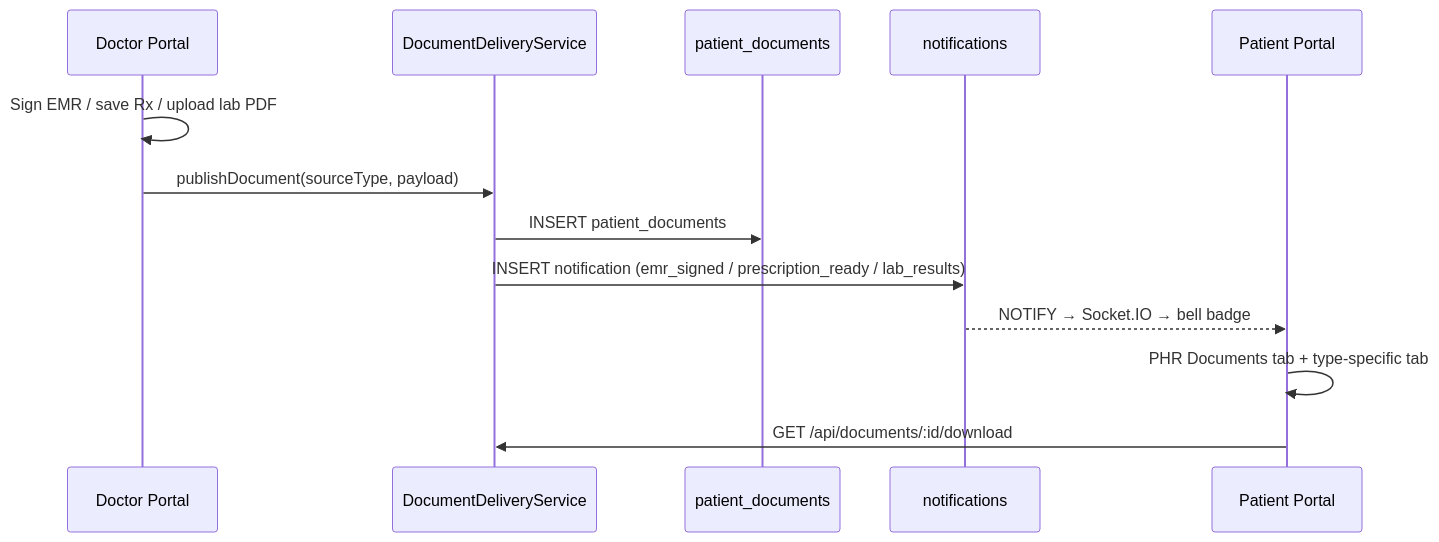
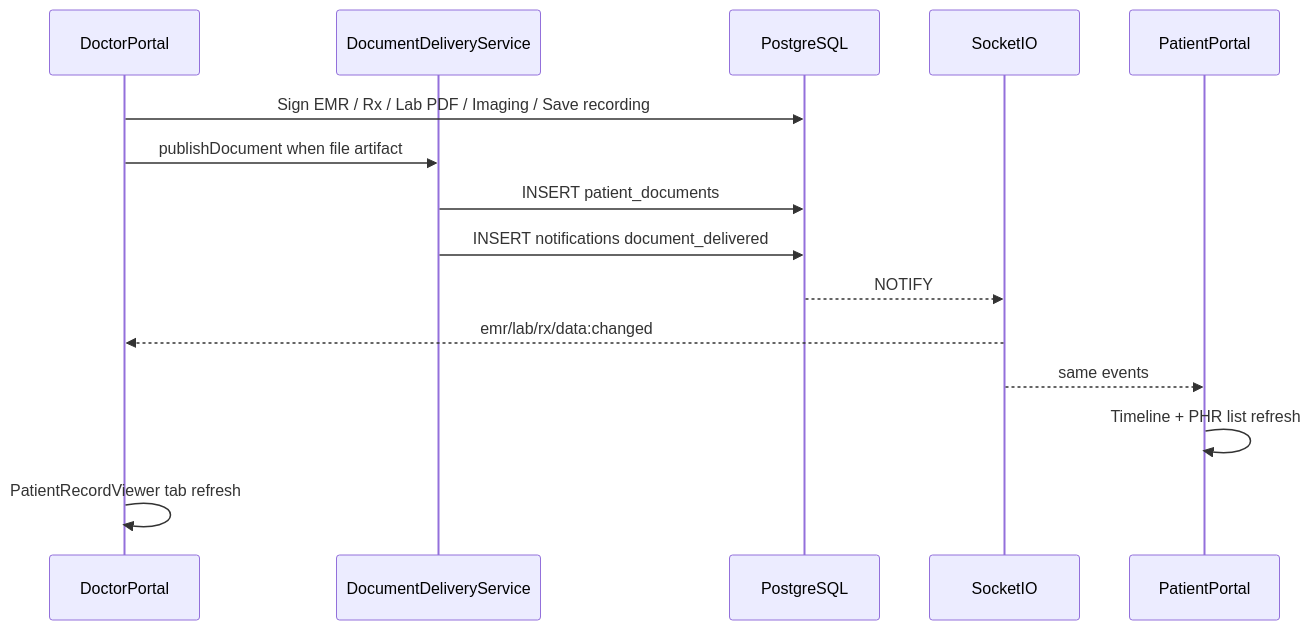
Before and after one commit to chiraleo2000/Isara-Anywhere: the diagram in Processes/Clinical_Document_Delivery_Workflows.md, drawn with Mermaid. The commit also changed other lines of this file and 441 other files, not shown here.

First line of the commit message:
v1.7.60: PHR/meeting sync, Jitsi lobby hardening, and evidence refresh.

````diff
--- a/Processes/Clinical_Document_Delivery_Workflows.md
+++ b/Processes/Clinical_Document_Delivery_Workflows.md
@@ -42,16 +45,18 @@
 ```mermaid
 sequenceDiagram
-  participant Doc as Doctor Portal
+  participant Doc as DoctorPortal
   participant DDS as DocumentDeliveryService
-  participant PG as patient_documents
-  participant N as notifications
-  participant Pat as Patient Portal
+  participant PG as PostgreSQL
+  participant Sock as SocketIO
+  participant Pat as PatientPortal
 
-  Doc->>Doc: Sign EMR / save Rx / upload lab PDF
-  Doc->>DDS: publishDocument(sourceType, payload)
+  Doc->>PG: Sign EMR / Rx / Lab PDF / Imaging / Save recording
+  Doc->>DDS: publishDocument when file artifact
   DDS->>PG: INSERT patient_documents
-  DDS->>N: INSERT notification (emr_signed / prescription_ready / lab_results)
-  N-->>Pat: NOTIFY → Socket.IO → bell badge
-  Pat->>Pat: PHR Documents tab + type-specific tab
-  Pat->>DDS: GET /api/documents/:id/download
+  DDS->>PG: INSERT notifications document_delivered
+  PG-->>Sock: NOTIFY
+  Sock-->>Doc: emr/lab/rx/data:changed
+  Sock-->>Pat: same events
+  Pat->>Pat: Timeline + PHR list refresh
+  Doc->>Doc: PatientRecordViewer tab refresh
 ```
````
